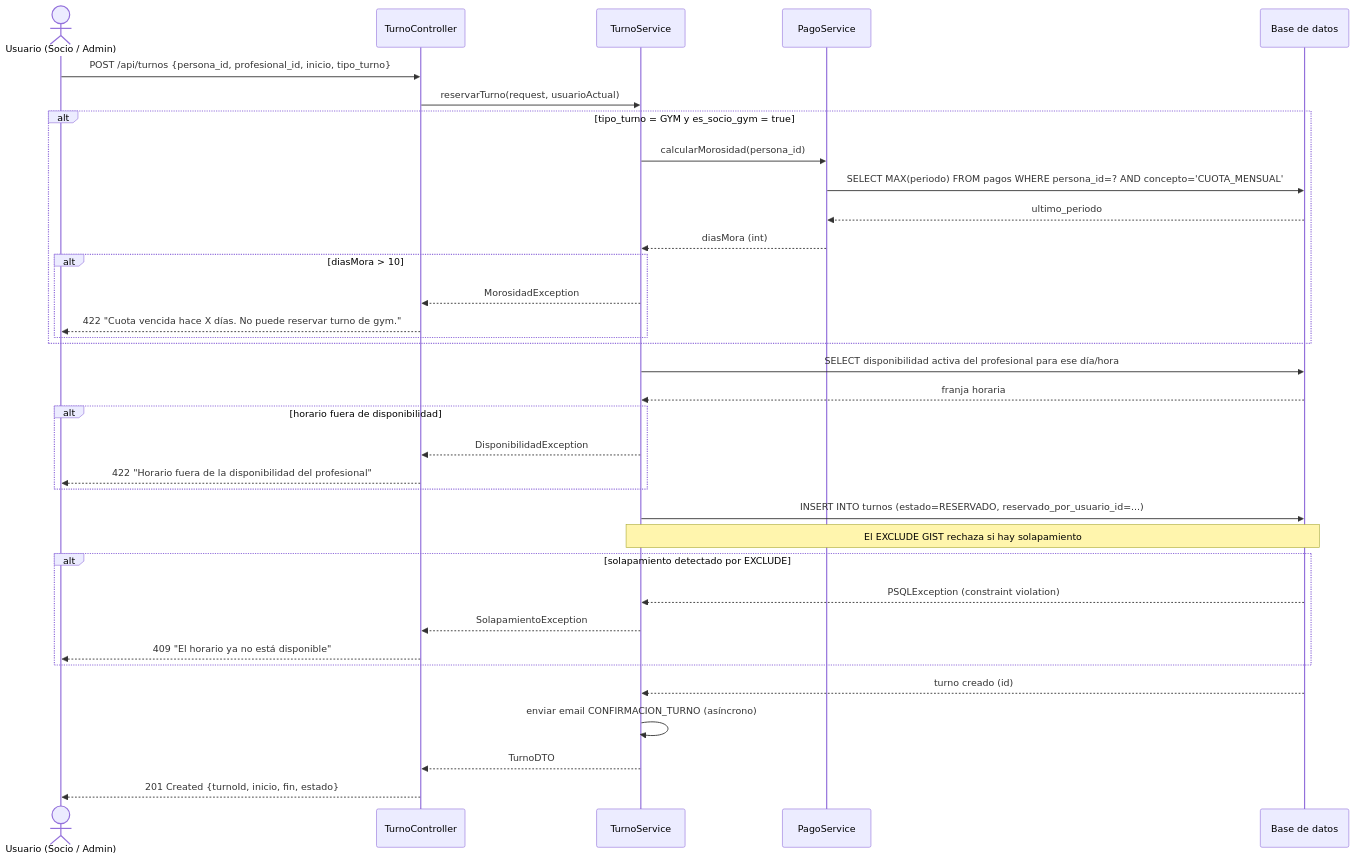
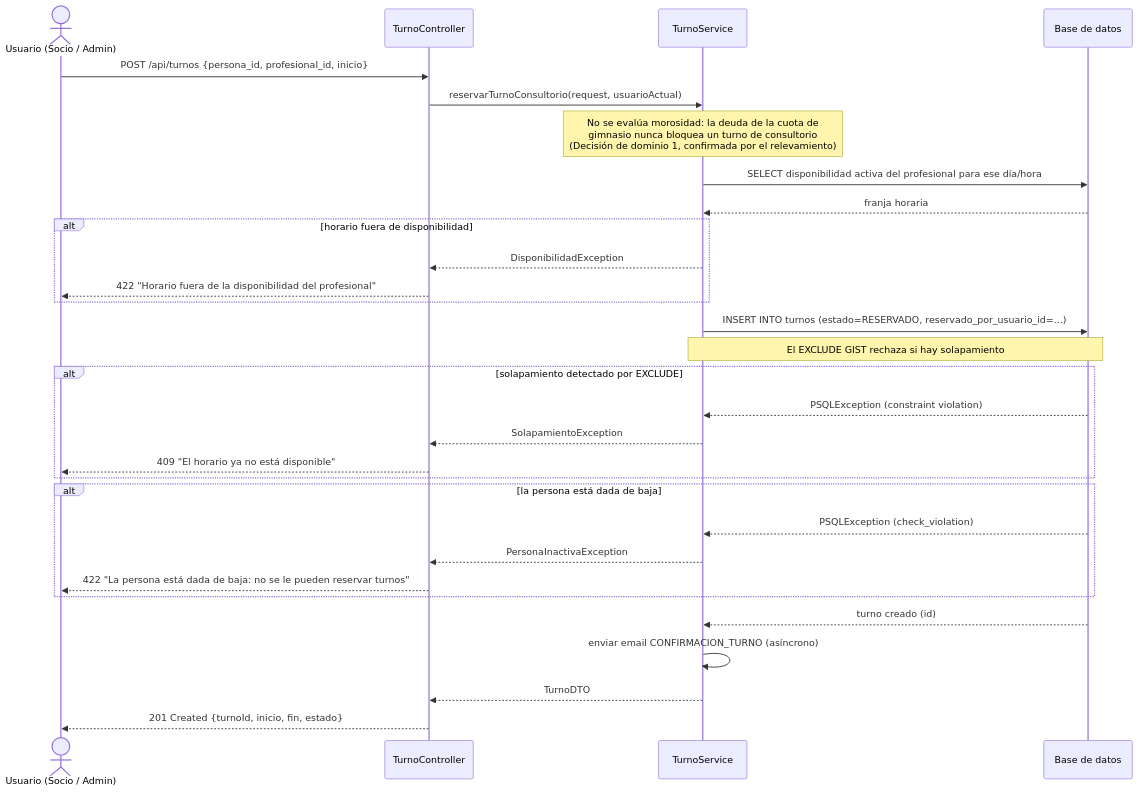
One commit to rcalcatelli/vitalys-app changed the third of 10 diagrams in docs/02-diseno/diagramas.md. Above: the diagram before and after it, drawn with Mermaid. The commit also changed other lines of this file, not shown here.

First line of the commit message:
docs(diagramas): separar la reserva de consultorio y la de gimnasio

````diff
--- a/docs/02-diseno/diagramas.md
+++ b/docs/02-diseno/diagramas.md
@@ -147,44 +151,38 @@
 ```mermaid
 sequenceDiagram
     actor U as Usuario (Socio / Admin)
     participant API as TurnoController
     participant TS as TurnoService
-    participant PS as PagoService
     participant DB as Base de datos
 
-    U->>API: POST /api/turnos {persona_id, profesional_id, inicio, tipo_turno}
+    U->>API: POST /api/turnos {persona_id, profesional_id, inicio}
+    API->>TS: reservarTurnoConsultorio(request, usuarioActual)
 
-    API->>TS: reservarTurno(request, usuarioActual)
-
-    alt tipo_turno = GYM y es_socio_gym = true
-        TS->>PS: calcularMorosidad(persona_id)
-        PS->>DB: SELECT MAX(periodo) FROM pagos WHERE persona_id=? AND concepto='CUOTA_MENSUAL'
-        DB-->>PS: ultimo_periodo
-        PS-->>TS: diasMora (int)
-        alt diasMora > 10
-            TS-->>API: MorosidadException
-            API-->>U: 422 "Cuota vencida hace X días. No puede reservar turno de gym."
-        end
-    end
+    Note over TS: No se evalúa morosidad: la deuda de la cuota de<br/>gimnasio nunca bloquea un turno de consultorio<br/>(Decisión de dominio 1, confirmada por el relevamiento)
 
     TS->>DB: SELECT disponibilidad activa del profesional para ese día/hora
     DB-->>TS: franja horaria
 
     alt horario fuera de disponibilidad
         TS-->>API: DisponibilidadException
         API-->>U: 422 "Horario fuera de la disponibilidad del profesional"
     end
 
     TS->>DB: INSERT INTO turnos (estado=RESERVADO, reservado_por_usuario_id=...)
     Note over TS,DB: El EXCLUDE GIST rechaza si hay solapamiento
     alt solapamiento detectado por EXCLUDE
         DB-->>TS: PSQLException (constraint violation)
         TS-->>API: SolapamientoException
         API-->>U: 409 "El horario ya no está disponible"
     end
+    alt la persona está dada de baja
+        DB-->>TS: PSQLException (check_violation)
+        TS-->>API: PersonaInactivaException
+        API-->>U: 422 "La persona está dada de baja: no se le pueden reservar turnos"
+    end
 
     DB-->>TS: turno creado (id)
     TS->>TS: enviar email CONFIRMACION_TURNO (asíncrono)
     TS-->>API: TurnoDTO
     API-->>U: 201 Created {turnoId, inicio, fin, estado}
 ```
````
